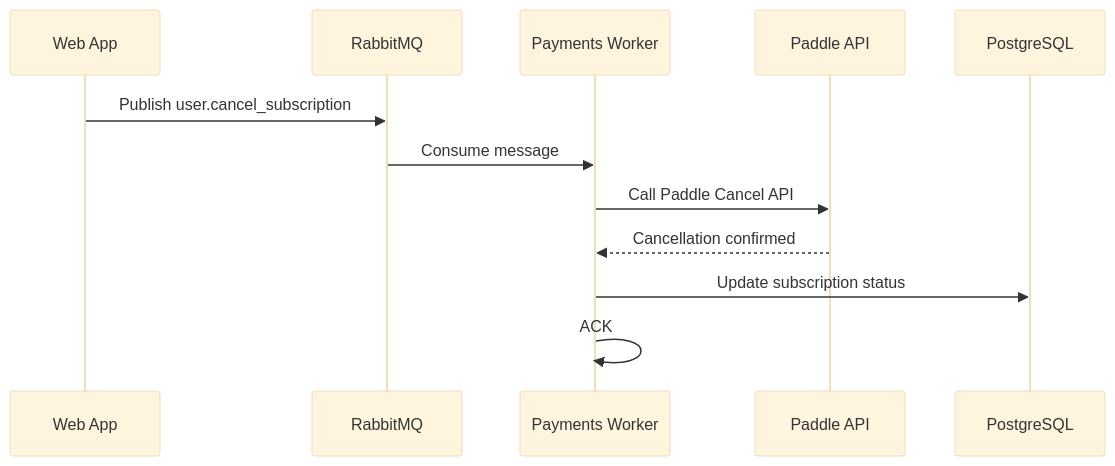
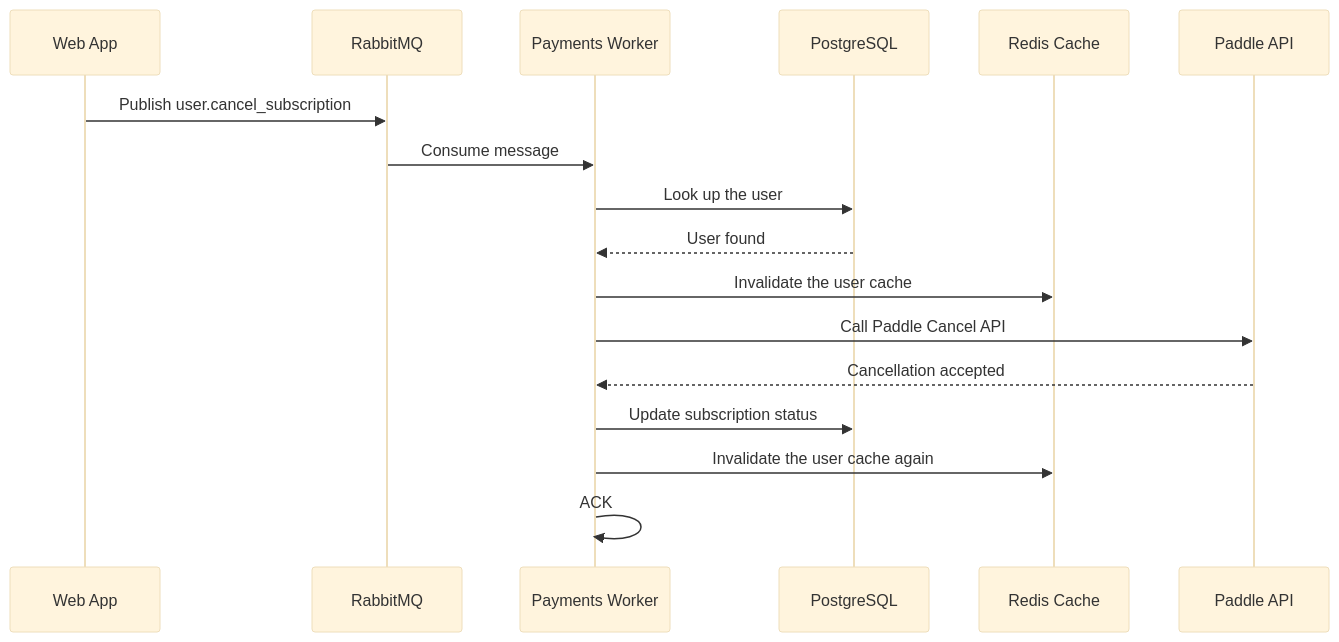
The fourth of 8 diagrams in services/workers/docs/concepts/message-flows.md (kunalPisolkar24/detectAI), drawn with Mermaid (base theme) before and after one commit. The commit also changed other lines of this file and 10 other files, not shown here.

````diff
--- a/services/workers/docs/concepts/message-flows.md
+++ b/services/workers/docs/concepts/message-flows.md
@@ -65,15 +140,20 @@
 ```mermaid
 sequenceDiagram
     participant Web as Web App
     participant RMQ as RabbitMQ
     participant Worker as Payments Worker
+    participant DB as PostgreSQL
+    participant Cache as Redis Cache
     participant Paddle as Paddle API
-    participant DB as PostgreSQL
 
     Web->>RMQ: Publish user.cancel_subscription
     RMQ->>Worker: Consume message
+    Worker->>DB: Look up the user
+    DB-->>Worker: User found
+    Worker->>Cache: Invalidate the user cache
     Worker->>Paddle: Call Paddle Cancel API
-    Paddle-->>Worker: Cancellation confirmed
+    Paddle-->>Worker: Cancellation accepted
     Worker->>DB: Update subscription status
+    Worker->>Cache: Invalidate the user cache again
     Worker->>Worker: ACK
 ```
````
